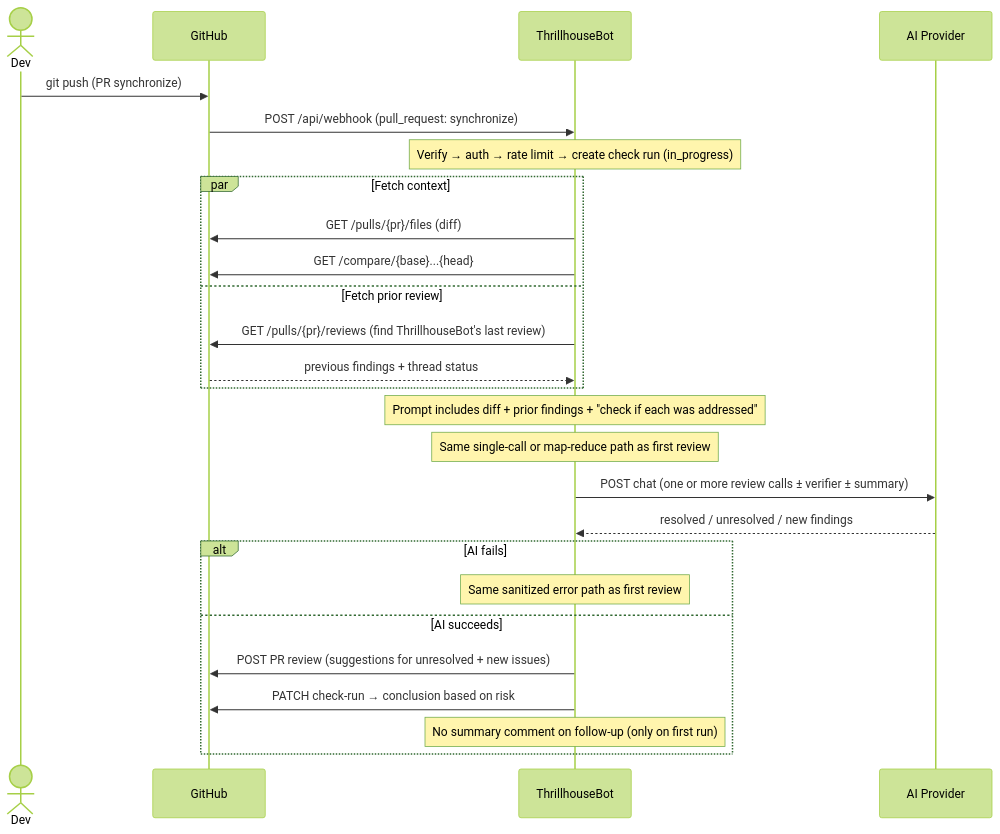
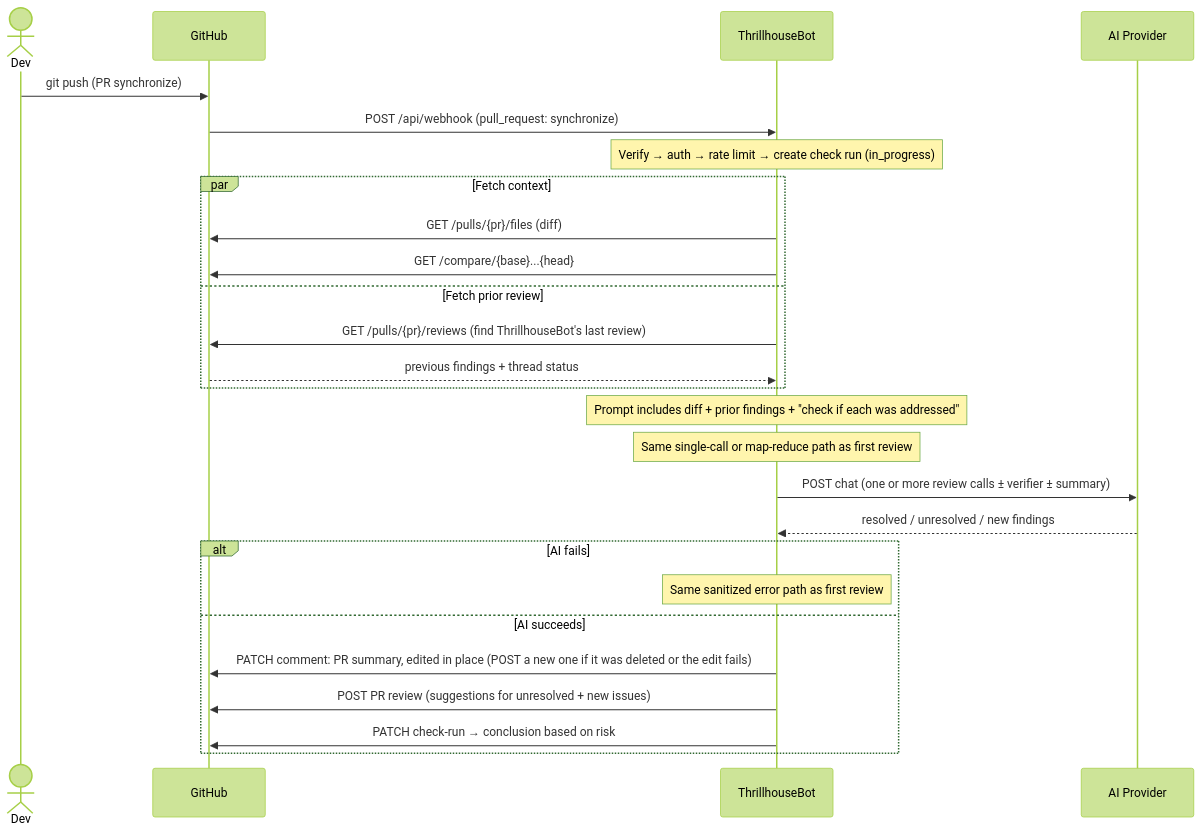
One commit to devops-thiago/ThrillhouseBot changed the fourth of 6 diagrams in docs/ARCHITECTURE.md. Above: the diagram before and after it, drawn with Mermaid (forest theme). The commit also changed 11 other files, not shown here.

First line of the commit message:
feat(review): update the summary comment in place on every review round (#900)

````diff
--- a/docs/ARCHITECTURE.md
+++ b/docs/ARCHITECTURE.md
@@ -135,34 +135,34 @@
 ```mermaid
 sequenceDiagram
     actor Dev
     participant GH as GitHub
     participant TB as ThrillhouseBot
     participant AI as AI Provider
 
     Dev->>GH: git push (PR synchronize)
     GH->>TB: POST /api/webhook (pull_request: synchronize)
 
     Note over TB: Verify → auth → rate limit → create check run (in_progress)
 
     par Fetch context
         TB->>GH: GET /pulls/{pr}/files (diff)
         TB->>GH: GET /compare/{base}...{head}
     and Fetch prior review
         TB->>GH: GET /pulls/{pr}/reviews (find ThrillhouseBot's last review)
         GH-->>TB: previous findings + thread status
     end
 
     Note over TB: Prompt includes diff + prior findings + "check if each was addressed"
     Note over TB: Same single-call or map-reduce path as first review
 
     TB->>AI: POST chat (one or more review calls ± verifier ± summary)
     AI-->>TB: resolved / unresolved / new findings
 
     alt AI fails
         Note over TB: Same sanitized error path as first review
     else AI succeeds
+        TB->>GH: PATCH comment: PR summary, edited in place (POST a new one if it was deleted or the edit fails)
         TB->>GH: POST PR review (suggestions for unresolved + new issues)
         TB->>GH: PATCH check-run → conclusion based on risk
-        Note over TB: No summary comment on follow-up (only on first run)
     end
 ```
````
